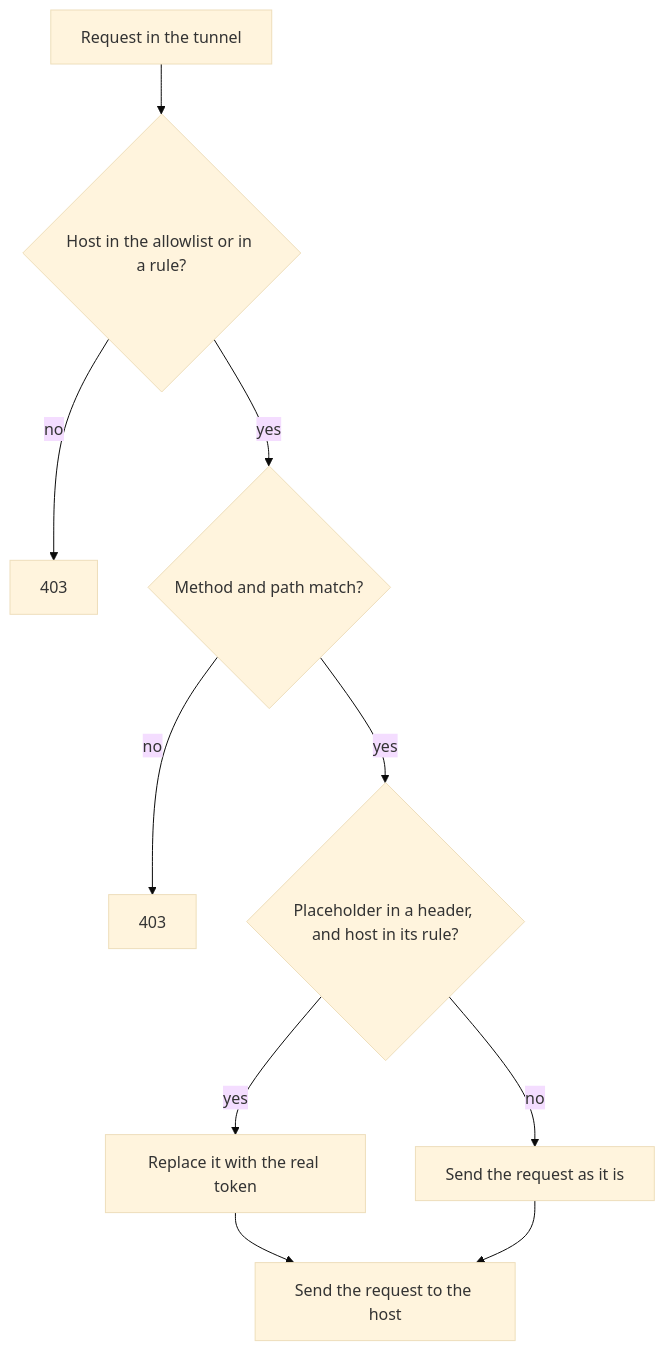
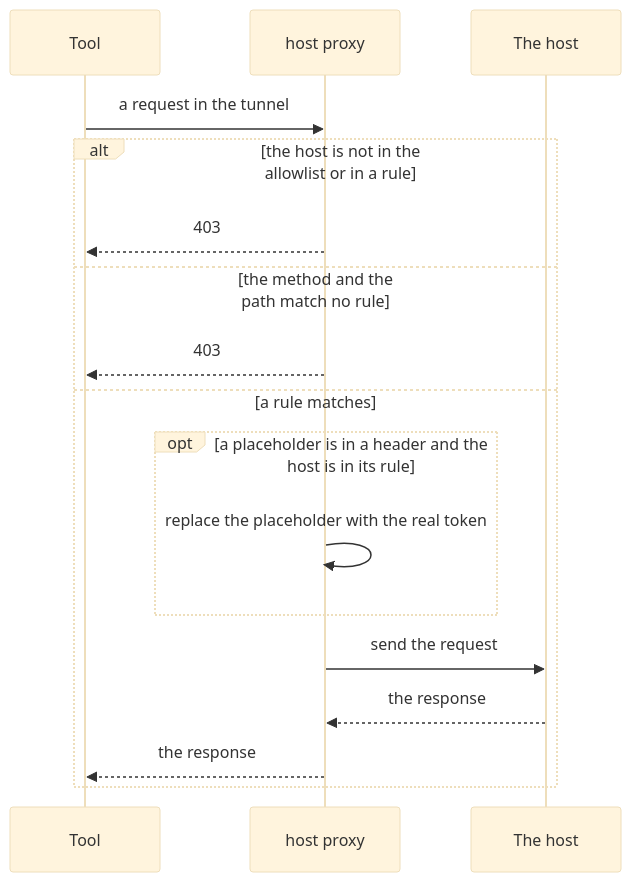
One commit to raghav19/engineersdaybook changed the sixth of 8 diagrams in .sandbox/docs/internals.md. Above: the diagram before and after it, drawn with Mermaid (base theme). The commit also changed other lines of this file, not shown here.

First line of the commit message:
docs: show every flow as a sequence diagram

````diff
--- a/.sandbox/docs/internals.md
+++ b/.sandbox/docs/internals.md
@@ -158,12 +182,19 @@
 ```mermaid
-flowchart TD
-    R["Request in the tunnel"] --> H{"Host in the allowlist or in a rule?"}
-    H -->|no| D1["403"]
-    H -->|yes| M{"Method and path match?"}
-    M -->|no| D2["403"]
-    M -->|yes| P{"Placeholder in a header, and host in its rule?"}
-    P -->|yes| S["Replace it with the real token"]
-    P -->|no| F["Send the request as it is"]
-    S --> U["Send the request to the host"]
-    F --> U
+sequenceDiagram
+    participant Tool
+    participant Proxy as host proxy
+    participant Host as The host
+    Tool->>Proxy: a request in the tunnel
+    alt the host is not in the allowlist or in a rule
+        Proxy-->>Tool: 403
+    else the method and the path match no rule
+        Proxy-->>Tool: 403
+    else a rule matches
+        opt a placeholder is in a header and the host is in its rule
+            Proxy->>Proxy: replace the placeholder with the real token
+        end
+        Proxy->>Host: send the request
+        Host-->>Proxy: the response
+        Proxy-->>Tool: the response
+    end
 ```
````
